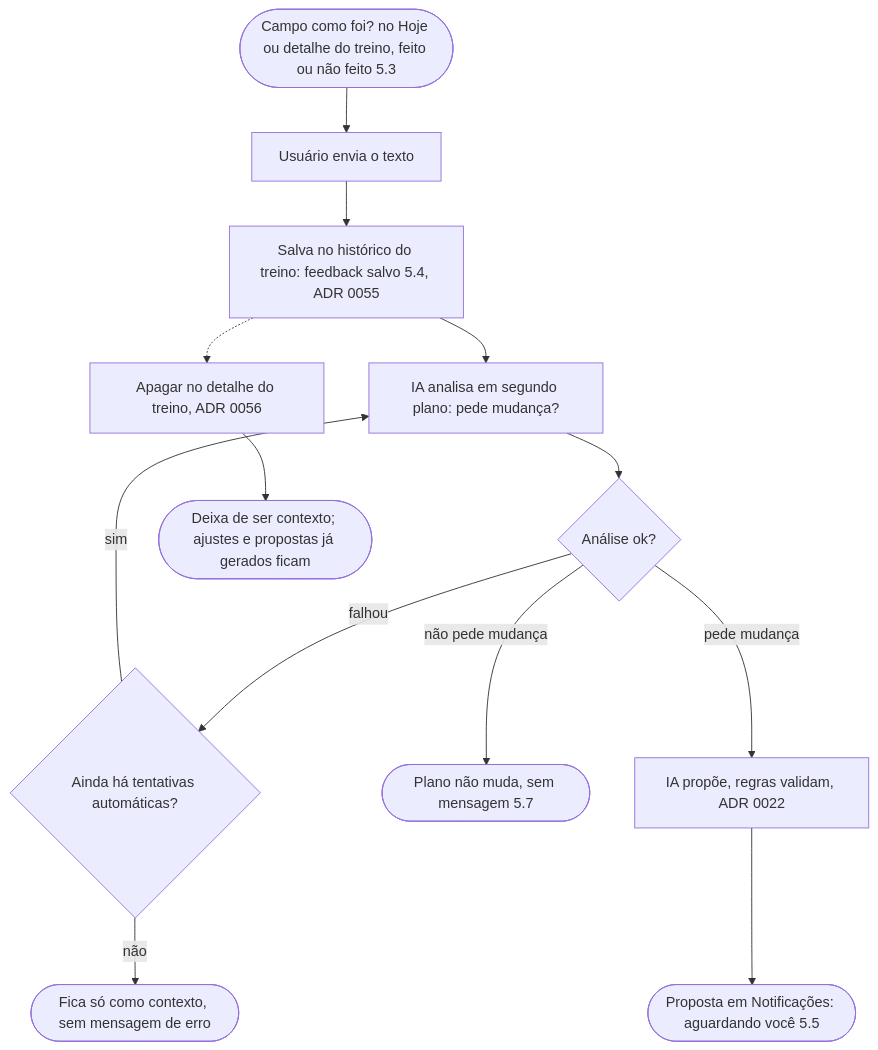
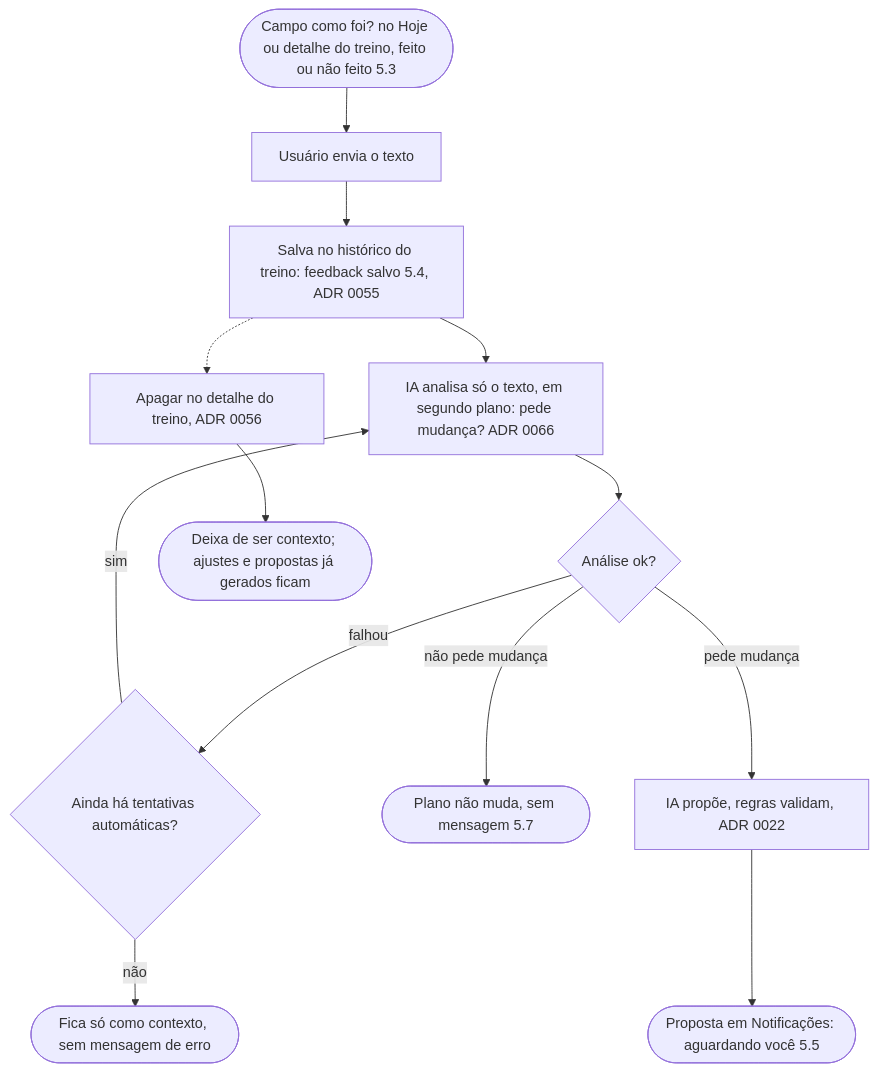
Before and after one commit to cruzvini/app-corrida: the seventh of 11 diagrams in docs/fluxos.md, drawn with Mermaid. The commit also changed 4 other files, not shown here.

````diff
--- a/docs/fluxos.md
+++ b/docs/fluxos.md
@@ -188,15 +188,15 @@
 ```mermaid
 flowchart TD
   A([Campo como foi? no Hoje ou detalhe do treino, feito ou não feito 5.3]) --> B[Usuário envia o texto]
   B --> C[Salva no histórico do treino: feedback salvo 5.4, ADR 0055]
-  C --> D[IA analisa em segundo plano: pede mudança?]
+  C --> D[IA analisa só o texto, em segundo plano: pede mudança? ADR 0066]
   D --> E{Análise ok?}
   E -- falhou --> E1{Ainda há tentativas automáticas?}
   E1 -- sim --> D
   E1 -- não --> CTX([Fica só como contexto, sem mensagem de erro])
   E -- não pede mudança --> CTX2([Plano não muda, sem mensagem 5.7])
   E -- pede mudança --> F[IA propõe, regras validam, ADR 0022]
   F --> G([Proposta em Notificações: aguardando você 5.5])
   C -.-> DEL[Apagar no detalhe do treino, ADR 0056]
   DEL --> DEL1([Deixa de ser contexto; ajustes e propostas já gerados ficam])
 ```
````
